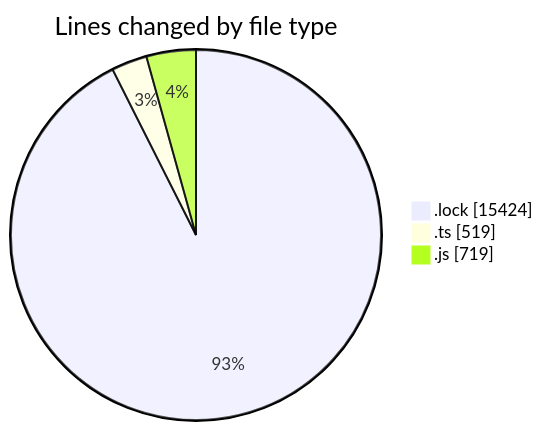
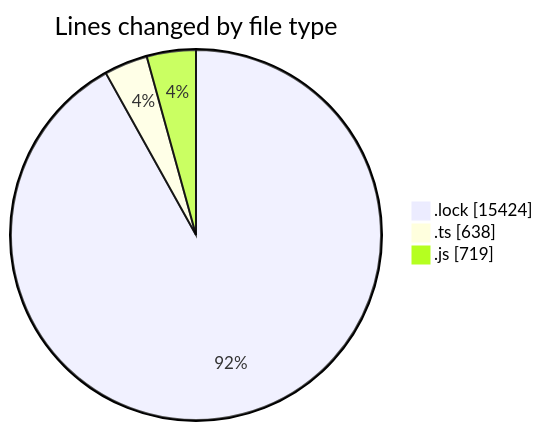
One commit to momahboobian/code-tracking changed the first of 2 diagrams in 2025-05-22/cda/README.md. Above: the diagram before and after it, drawn with Mermaid. The commit also changed other lines of this file and 1 other file, not shown here.

````diff
--- a/2025-05-22/cda/README.md
+++ b/2025-05-22/cda/README.md
@@ -24,7 +25,7 @@
 ```mermaid
 pie showData
 title Lines changed by file type
 ".lock" : 15424
-".ts" : 519
+".ts" : 638
 ".js" : 719
 ```
````
